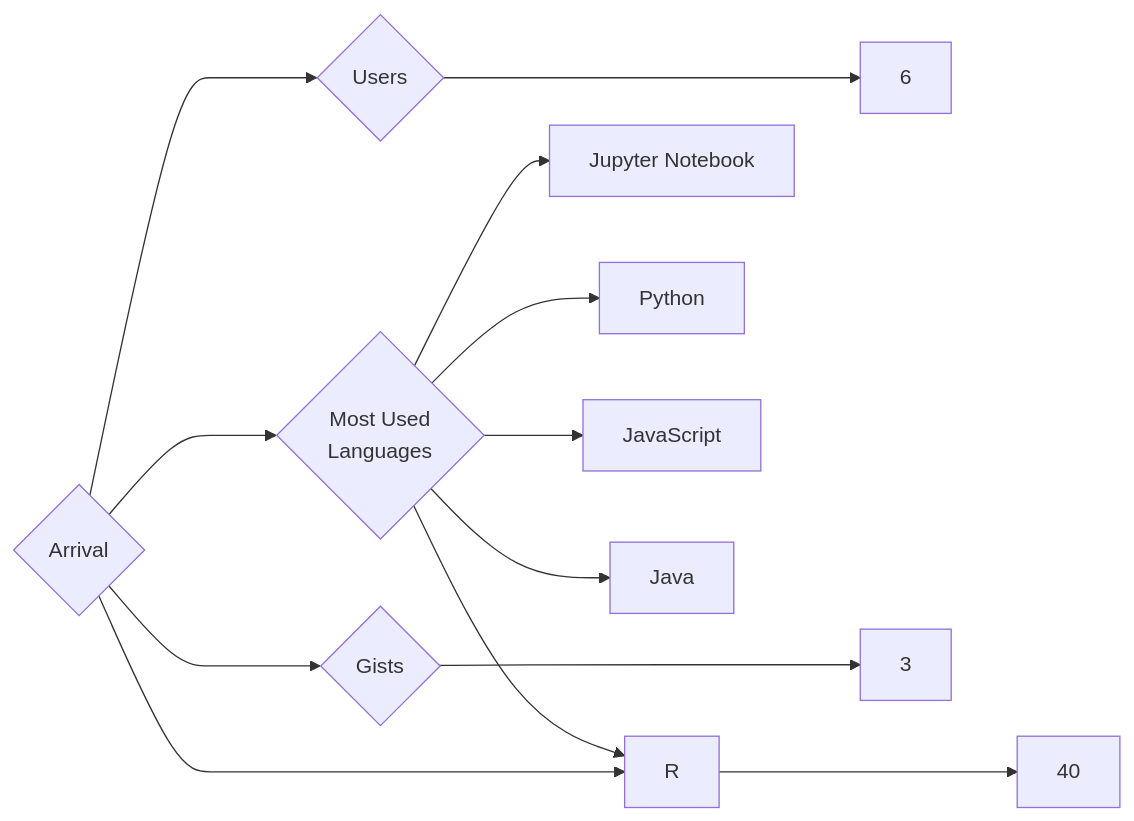
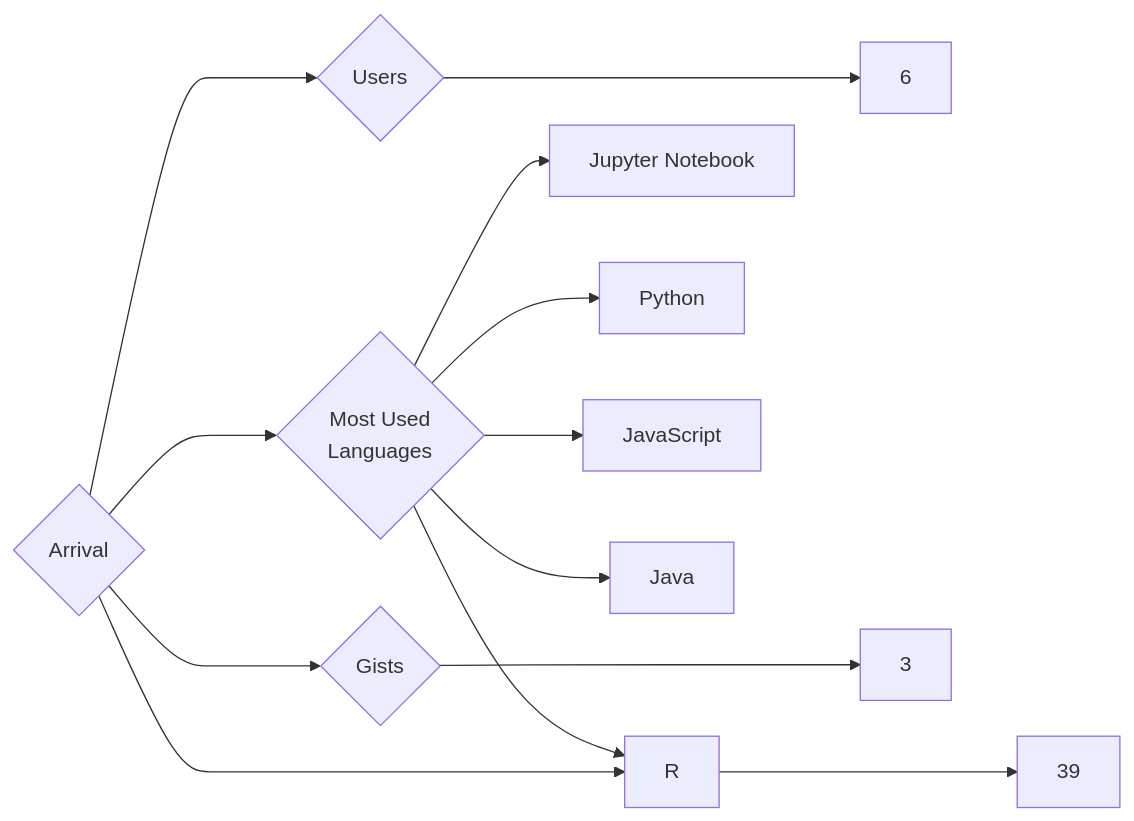
Before and after one commit to trickest/insiders: the diagram in targets/Arrival/README.md, drawn with Mermaid. The commit also changed 1120 other files, not shown here.

````diff
--- a/targets/Arrival/README.md
+++ b/targets/Arrival/README.md
@@ -3,13 +3,13 @@
 ```mermaid
 graph LR
 COMPANY_NAME{Arrival}
 COMPANY_NAME ---> U{Users} ---> UN[6]
-COMPANY_NAME ---> R{Repositories} ---> RN[40]
+COMPANY_NAME ---> R{Repositories} ---> RN[39]
 COMPANY_NAME ---> G{Gists} ---> GN[3]
 COMPANY_NAME ---> ML{Most Used<br>Languages}
 ML --> Jupyter_Notebook[Jupyter Notebook]
 ML --> Python[Python]
 ML --> R[R]
 ML --> JavaScript[JavaScript]
 ML --> Java[Java]
 ```
````
